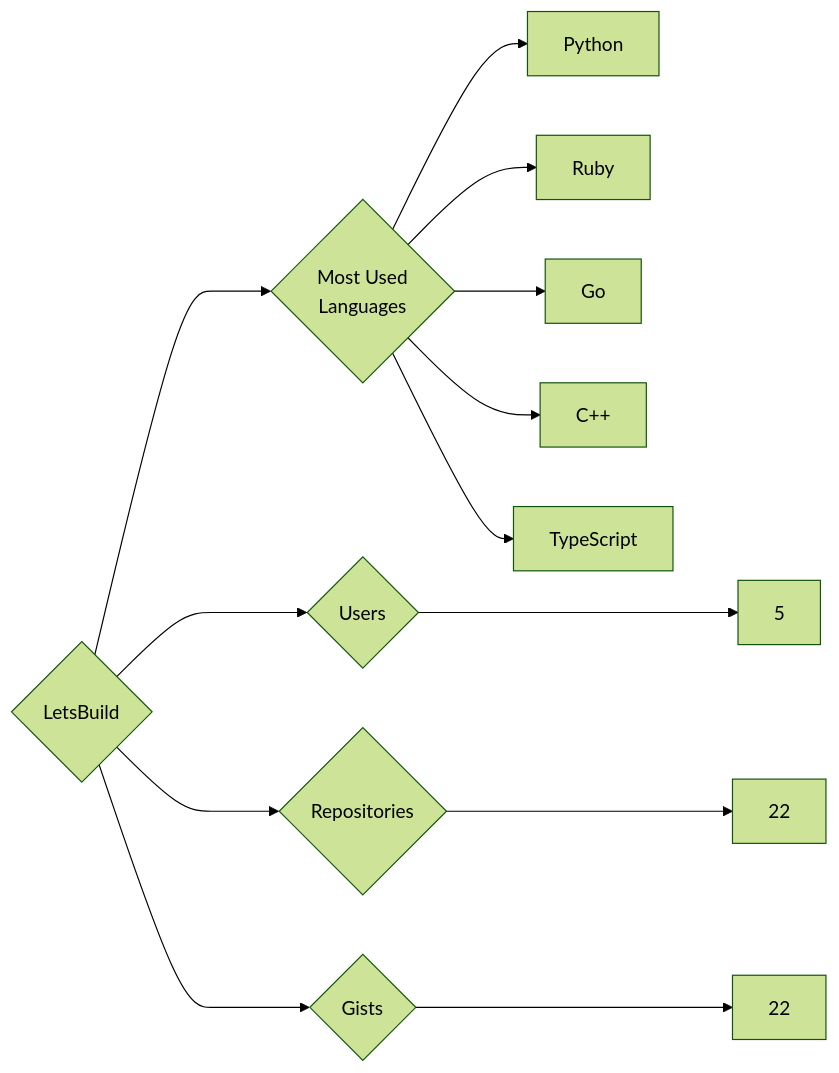
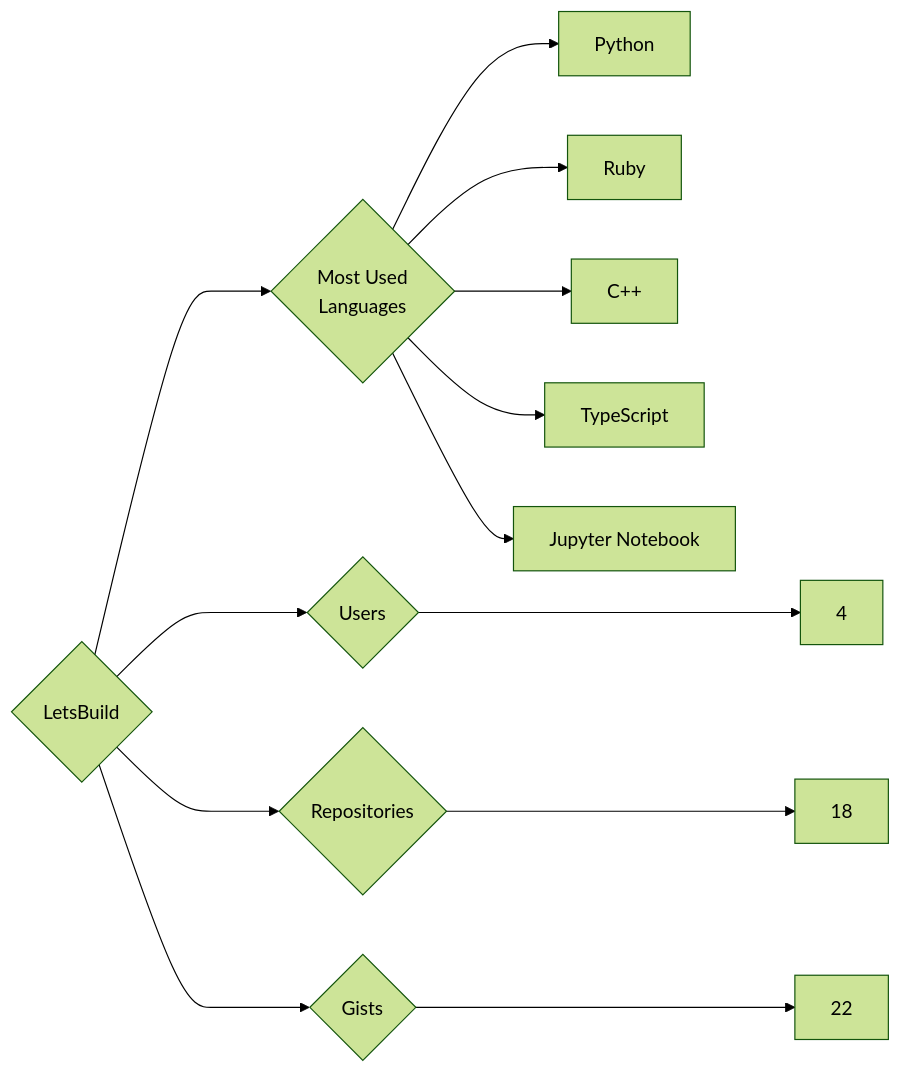
Before and after one commit to trickest/insiders: the diagram in targets/LetsBuild/README.md, drawn with Mermaid (forest theme). The commit also changed 1248 other files, not shown here.

````diff
--- a/targets/LetsBuild/README.md
+++ b/targets/LetsBuild/README.md
@@ -3,13 +3,13 @@
 ```mermaid
 graph LR
 COMPANY_NAME{LetsBuild}
-COMPANY_NAME ---> U{Users} ---> UN[5]
-COMPANY_NAME ---> R{Repositories} ---> RN[22]
+COMPANY_NAME ---> U{Users} ---> UN[4]
+COMPANY_NAME ---> R{Repositories} ---> RN[18]
 COMPANY_NAME ---> G{Gists} ---> GN[22]
 COMPANY_NAME ---> ML{Most Used<br>Languages}
 ML --> Python[Python]
 ML --> Ruby[Ruby]
-ML --> Go[Go]
 ML --> C++[C++]
 ML --> TypeScript[TypeScript]
+ML --> Jupyter_Notebook[Jupyter Notebook]
 ```
````
